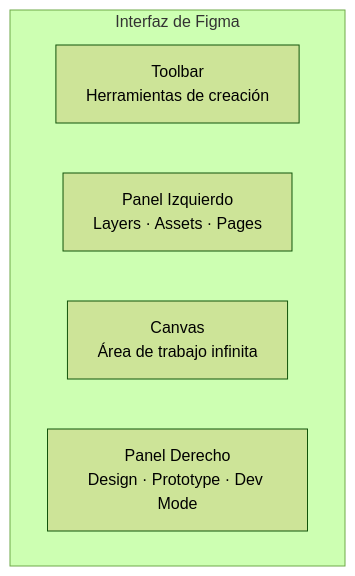
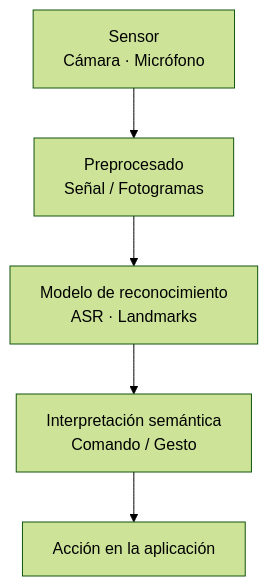
One commit to Jose-Quesada/presentacion-desarrollo-interfaces-26-27 changed the second of 2 diagrams in unidad-03.md. Above: the diagram before and after it, drawn with Mermaid (forest theme). The commit also changed other lines of this file and 52 other files, not shown here.

```diff
--- a/unidad-03.md
+++ b/unidad-03.md
@@ -57,9 +86,7 @@
 <div class="mermaid">
 graph TB
-  subgraph "Interfaz de Figma"
-    A[Toolbar<br>Herramientas de creación] 
-    B[Panel Izquierdo<br>Layers · Assets · Pages]
-    C[Canvas<br>Área de trabajo infinita]
-    D[Panel Derecho<br>Design · Prototype · Dev Mode]
-  end
+  A[Sensor<br>Cámara · Micrófono] --> B[Preprocesado<br>Señal / Fotogramas]
+  B --> C[Modelo de reconocimiento<br>ASR · Landmarks]
+  C --> D[Interpretación semántica<br>Comando / Gesto]
+  D --> E[Acción en la aplicación]
 </div>
```
